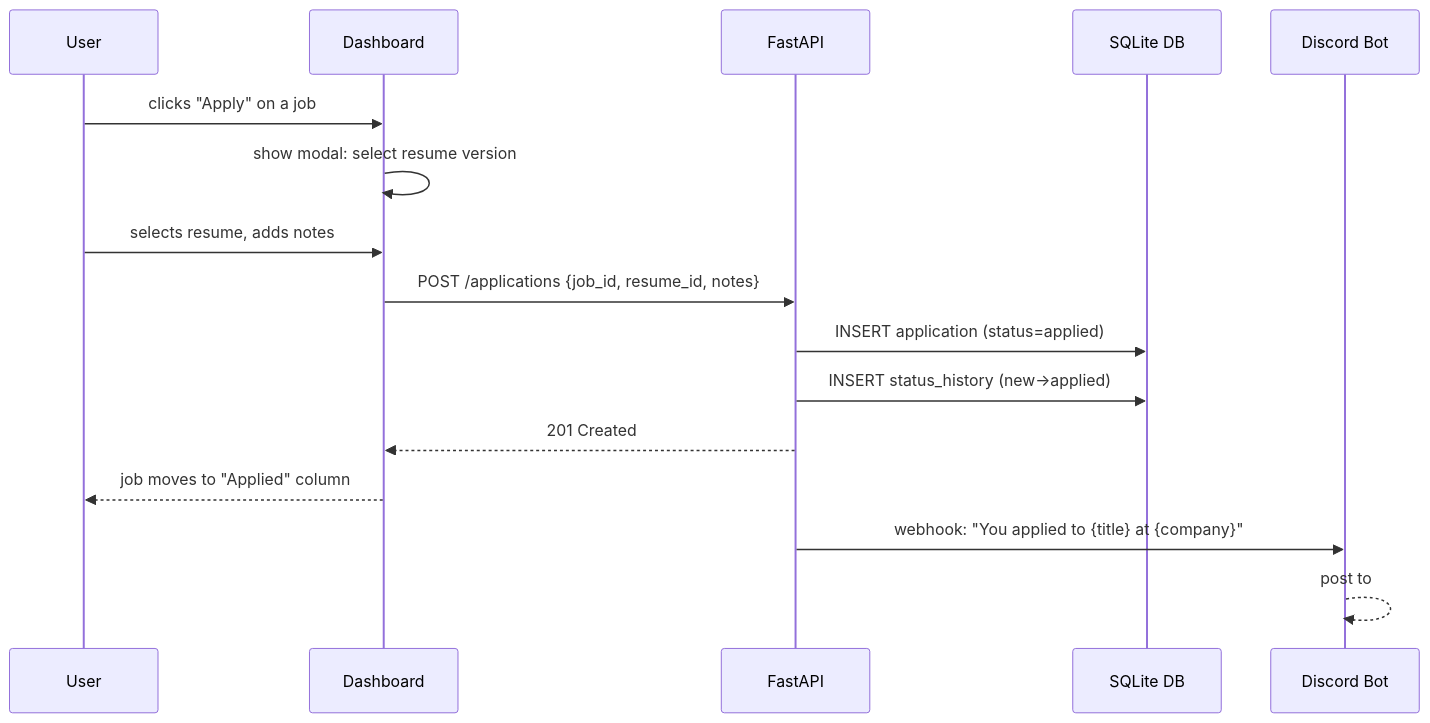
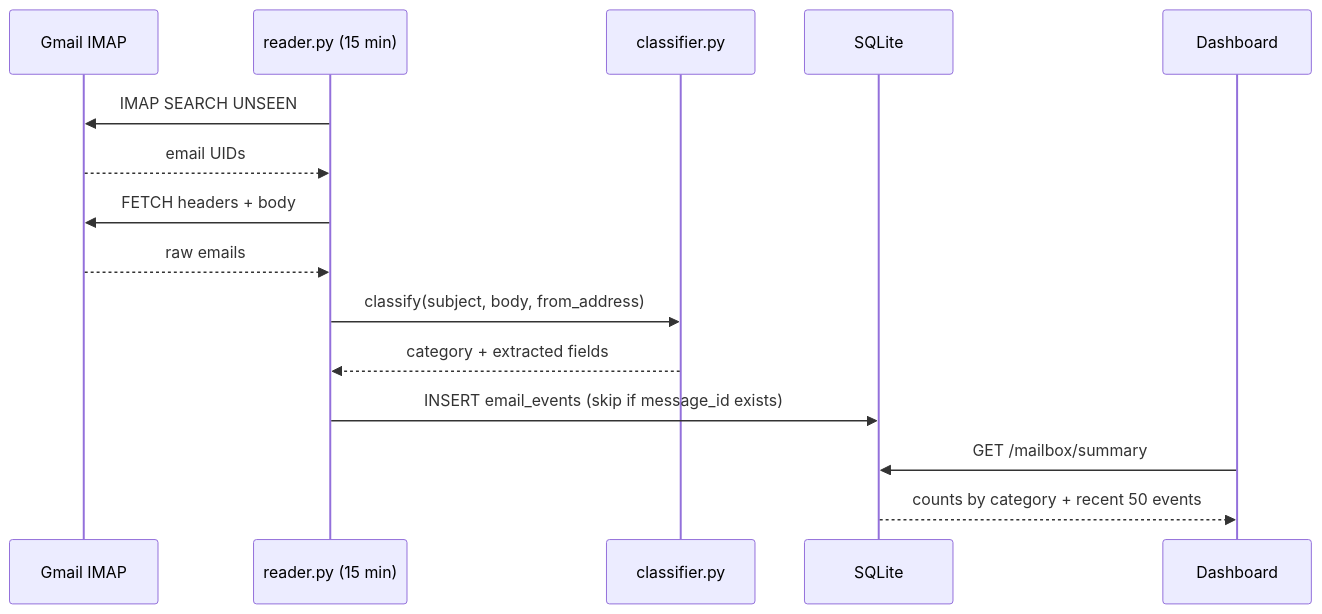
Before and after one commit to jimmymoonstation/job-hunt-partner: the second of 3 diagrams in docs/architecture.md, drawn with Mermaid. The commit also changed other lines of this file and 30 other files, not shown here.

````diff
--- a/docs/architecture.md
+++ b/docs/architecture.md
@@ -91,19 +250,18 @@
 ```mermaid
 sequenceDiagram
-    participant U as User
+    participant Gmail as Gmail IMAP
+    participant R as reader.py (15 min)
+    participant C as classifier.py
+    participant DB as SQLite
     participant UI as Dashboard
-    participant API as FastAPI
-    participant DB as SQLite DB
-    participant Bot as Discord Bot
 
-    U->>UI: clicks "Apply" on a job
-    UI->>UI: show modal: select resume version
-    U->>UI: selects resume, adds notes
-    UI->>API: POST /applications {job_id, resume_id, notes}
-    API->>DB: INSERT application (status=applied)
-    API->>DB: INSERT status_history (new→applied)
-    API-->>UI: 201 Created
-    UI-->>U: job moves to "Applied" column
-    API->>Bot: webhook: "You applied to {title} at {company}"
-    Bot-->>Bot: post to #job-hunt + start tracking
+    R->>Gmail: IMAP SEARCH UNSEEN
+    Gmail-->>R: email UIDs
+    R->>Gmail: FETCH headers + body
+    Gmail-->>R: raw emails
+    R->>C: classify(subject, body, from_address)
+    C-->>R: category + extracted fields
+    R->>DB: INSERT email_events (skip if message_id exists)
+    UI->>DB: GET /mailbox/summary
+    DB-->>UI: counts by category + recent 50 events
 ```
````
